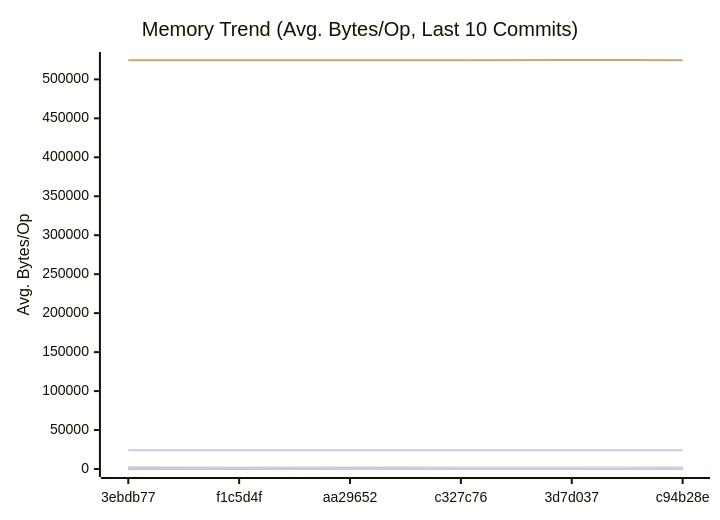
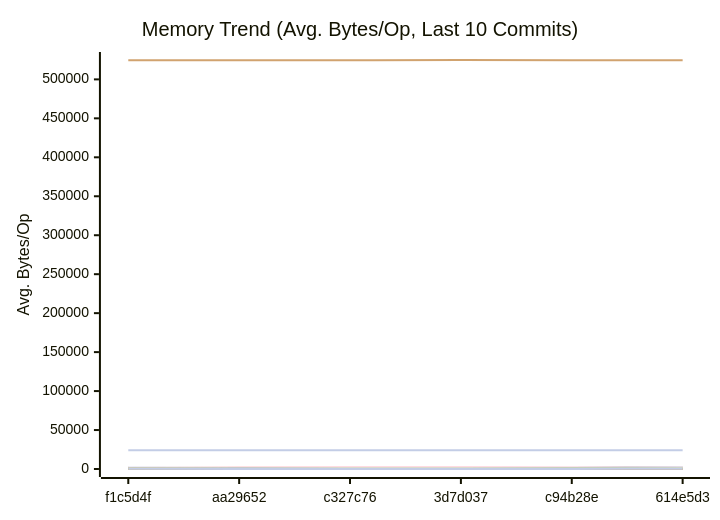
Before and after one commit to alsotoes/momo: the second of 3 diagrams in docs/PERFORMANCE.md, drawn with Mermaid. The commit also changed other lines of this file and 1 other file, not shown here.

````diff
--- a/docs/PERFORMANCE.md
+++ b/docs/PERFORMANCE.md
@@ -310,44 +310,44 @@
 ```mermaid
 xychart-beta
     title "Memory Trend (Avg. Bytes/Op, Last 10 Commits)"
     x-axis "Commit"
     y-axis "Avg. Bytes/Op"
-    x-axis [3ebdb77,f1c5d4f,aa29652,c327c76,3d7d037,c94b28e]
-    line "AWSChunkedReaderSigned" [107,110,64,68,46,98,80,70,106,85]
-    line "AWSChunkedReaderUnsigned" [105,108,49,63,59,75,91,78,84,68]
+    x-axis [f1c5d4f,aa29652,c327c76,3d7d037,c94b28e,614e5d3]
+    line "AWSChunkedReaderSigned" [110,64,68,46,98,80,70,106,85,62]
+    line "AWSChunkedReaderUnsigned" [108,49,63,59,75,91,78,84,68,66]
     line "CheckMetricsAndSwap" [0,0,0,0,0,0,0,0,0,0]
     line "CrushOptimized" [0,0,0,0,0,0,0,0,0,0]
     line "CrushOriginal" [164,164,164,164,164,164,164,164,164,164]
-    line "FormatListObjectsV2XML_AppendFormat" [524463,524460,524580,524552,524871,524558,524474,524487,524493,524491]
+    line "FormatListObjectsV2XML_AppendFormat" [524460,524580,524552,524871,524558,524474,524487,524493,524491,524618]
     line "FormatListObjectsV2XML_OldFormat" [24000,24000,24000,24000,24000,24000,24000,24000,24000,24000]
-    line "HashBytes/1MiB" [280,205,138,157,137,195,139,187,213,178]
-    line "HashBytes/256MiB" [186,209,129,172,116,191,150,250,237,208]
-    line "HashBytes/64MiB" [209,232,132,172,107,132,159,198,175,180]
-    line "HashFile/1MiB" [152,244,127,148,121,187,160,251,167,203]
-    line "HashFile/256MiB" [211,261,126,156,118,177,172,188,165,187]
-    line "HashFile/64MiB" [190,258,120,142,102,169,207,193,175,165]
+    line "HashBytes/1MiB" [205,138,157,137,195,139,187,213,178,135]
+    line "HashBytes/256MiB" [209,129,172,116,191,150,250,237,208,140]
+    line "HashBytes/64MiB" [232,132,172,107,132,159,198,175,180,134]
+    line "HashFile/1MiB" [244,127,148,121,187,160,251,167,203,132]
+    line "HashFile/256MiB" [261,126,156,118,177,172,188,165,187,118]
+    line "HashFile/64MiB" [258,120,142,102,169,207,193,175,165,106]
     line "IndexDirectTracking" [0,0,0,0,0,0,0,0,0,0]
     line "IndexSearch" [0,0,0,0,0,0,0,0,0,0]
     line "LastModifiedHeader_AppendFormat" [0,0,0,0,0,0,0,0,0,0]
     line "LastModifiedHeader_Format" [32,32,32,32,32,32,32,32,32,32]
     line "LoadGlobalConfig" [1976,1976,1976,1976,1976,1976,1976,1976,1976,1976]
-    line "LocalWrite/1MiB" [1794,1712,592,751,950,1339,1557,1077,1130,940]
-    line "LocalWrite/256MiB" [2012,2499,1674,1356,986,1532,1495,1600,1673,1446]
-    line "LocalWrite/64MiB" [2009,2371,1365,1282,1194,1597,1782,1648,1456,1098]
+    line "LocalWrite/1MiB" [1712,592,751,950,1339,1557,1077,1130,940,952]
+    line "LocalWrite/256MiB" [2499,1674,1356,986,1532,1495,1600,1673,1446,1129]
+    line "LocalWrite/64MiB" [2371,1365,1282,1194,1597,1782,1648,1456,1098,1310]
     line "PadString" [64,64,64,64,64,64,64,64,64,64]
     line "ParseReplicationOrder_NoPrealloc" [408,408,408,408,408,248,248,248,248,248]
     line "ParseReplicationOrder_Prealloc" [240,240,240,240,240,80,80,80,80,80]
     line "Placement" [352,352,352,352,352,352,352,352,352,352]
     line "PlacementDomainSpread" [352,352,352,352,352,352,352,352,352,352]
-    line "ReadVerify/1MiB" [218,304,186,157,86,185,136,220,179,124]
-    line "ReadVerify/256MiB" [262,214,154,147,118,177,204,219,127,151]
-    line "ReadVerify/64MiB" [226,239,179,155,126,175,148,315,131,129]
-    line "S3PutSpool/1MiB" [252,163,115,110,85,134,125,122,170,161]
-    line "S3PutSpool/256MiB" [247,206,112,111,101,149,123,148,219,144]
-    line "S3PutSpool/64MiB" [219,190,127,103,99,156,168,183,168,155]
+    line "ReadVerify/1MiB" [304,186,157,86,185,136,220,179,124,139]
+    line "ReadVerify/256MiB" [214,154,147,118,177,204,219,127,151,122]
+    line "ReadVerify/64MiB" [239,179,155,126,175,148,315,131,129,123]
+    line "S3PutSpool/1MiB" [163,115,110,85,134,125,122,170,161,112]
+    line "S3PutSpool/256MiB" [206,112,111,101,149,123,148,219,144,114]
+    line "S3PutSpool/64MiB" [190,127,103,99,156,168,183,168,155,116]
     line "SanitizeLog/Safe" [0,0,0,0,0,0,0,0,0,0]
     line "SanitizeLog/Unsafe" [704,704,704,704,704,704,704,704,704,704]
-    line "TrustedRead/1MiB" [279,221,125,140,108,186,217,246,135,143]
-    line "TrustedRead/256MiB" [219,184,123,110,83,160,128,226,212,181]
-    line "TrustedRead/64MiB" [233,169,124,113,70,144,220,225,161,144]
+    line "TrustedRead/1MiB" [221,125,140,108,186,217,246,135,143,109]
+    line "TrustedRead/256MiB" [184,123,110,83,160,128,226,212,181,127]
+    line "TrustedRead/64MiB" [169,124,113,70,144,220,225,161,144,118]
 ```
````
